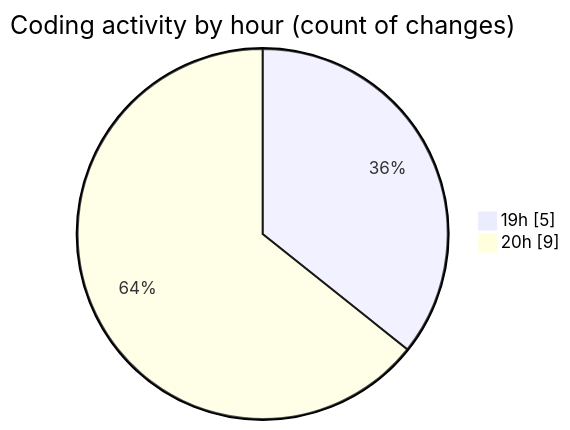
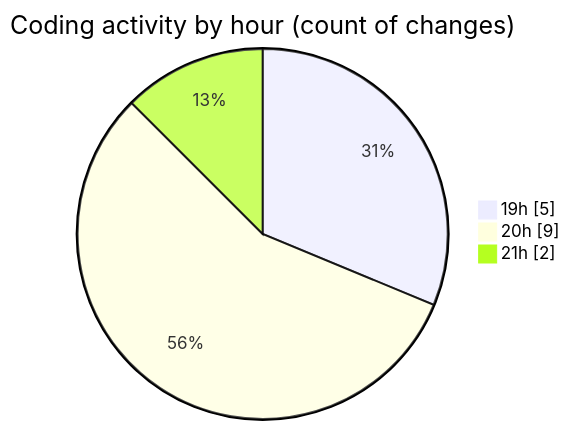
One commit to charlie-sans/code-tracking changed the second of 2 diagrams in 2025-02-19/micros/README.md. Above: the diagram before and after it, drawn with Mermaid. The commit also changed other lines of this file and 1 other file, not shown here.

````diff
--- a/2025-02-19/micros/README.md
+++ b/2025-02-19/micros/README.md
@@ -37,6 +37,7 @@
 ```mermaid
 pie showData
 title Coding activity by hour (count of changes)
 "19h" : 5
 "20h" : 9
+"21h" : 2
 ```
````
